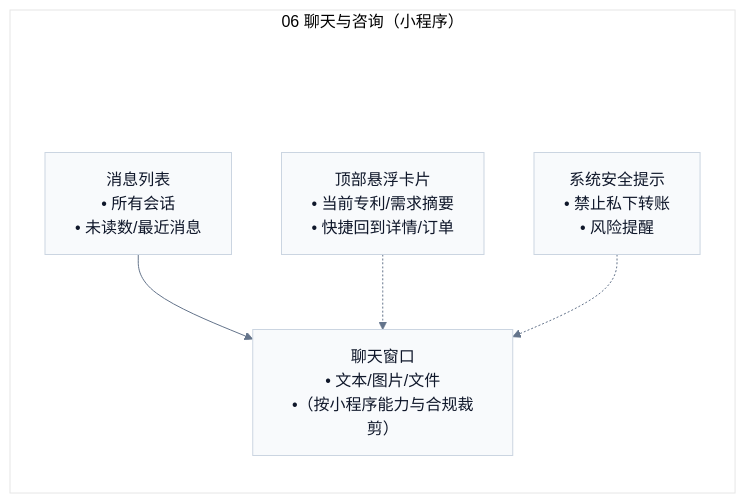
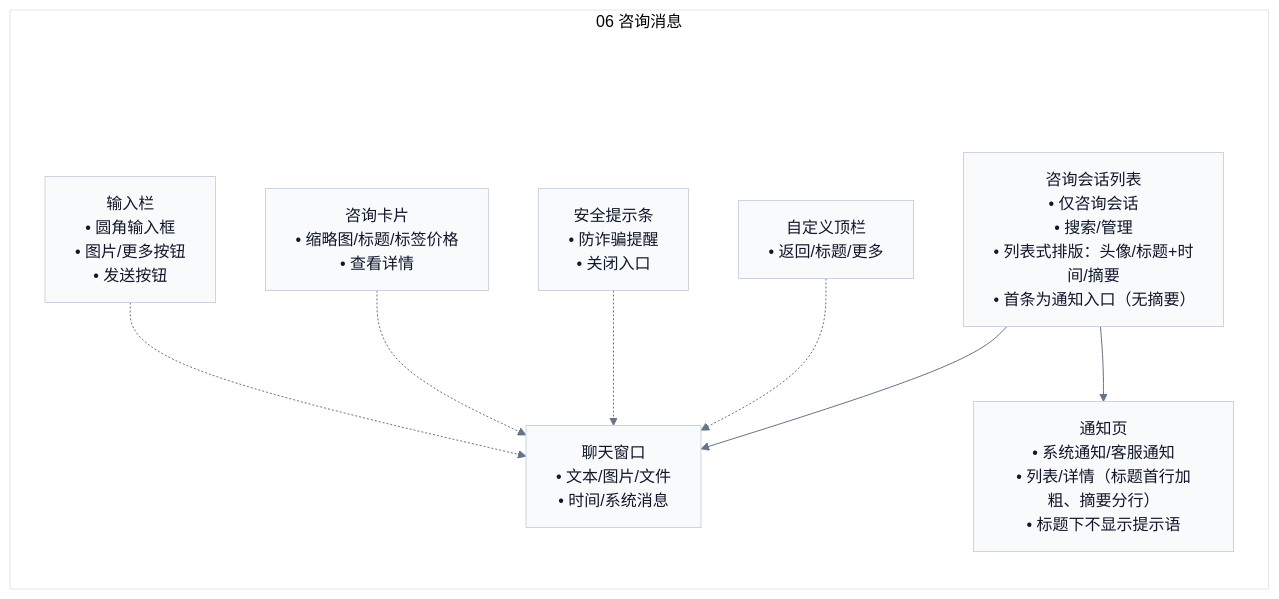
The diagram in docs/demo/pages/miniapp/06-message.mmd (Ming-1984/Ipmoney), drawn with Mermaid before and after one commit. The commit also changed 378 other files, not shown here.

```diff
--- a/docs/demo/pages/miniapp/06-message.mmd
+++ b/docs/demo/pages/miniapp/06-message.mmd
@@ -1,17 +1,23 @@
 %%{init: {'theme':'base','flowchart': {'htmlLabels': true},'themeVariables': {'fontFamily': 'Inter, Microsoft YaHei, sans-serif','lineColor':'#64748B','primaryTextColor':'#0F172A','primaryBorderColor':'#CBD5E1','primaryColor':'#F8FAFC'}}}%%
 flowchart TB
-  subgraph P["06 聊天与咨询（小程序）"]
+  subgraph P["06 咨询消息"]
     direction TB
-    Pad[" "]:::pad
-    List["消息列表<br/>• 所有会话<br/>• 未读数/最近消息"]
-    Chat["聊天窗口<br/>• 文本/图片/文件<br/>•（按小程序能力与合规裁剪）"]
-    Floating["顶部悬浮卡片<br/>• 当前专利/需求摘要<br/>• 快捷回到详情/订单"]
-    Safety["系统安全提示<br/>• 禁止私下转账<br/>• 风险提醒"]
+    Pad[" " ]:::pad
+    List["咨询会话列表<br/>• 仅咨询会话<br/>• 搜索/管理<br/>• 列表式排版：头像/标题+时间/摘要<br/>• 首条为通知入口（无摘要）"]
+    Notice["通知页<br/>• 系统通知/客服通知<br/>• 列表/详情（标题首行加粗、摘要分行）<br/>• 标题下不显示提示语"]
+    Chat["聊天窗口<br/>• 文本/图片/文件<br/>• 时间/系统消息"]
+    Header["自定义顶栏<br/>• 返回/标题/更多"]
+    Banner["安全提示条<br/>• 防诈骗提醒<br/>• 关闭入口"]
+    ContextCard["咨询卡片<br/>• 缩略图/标题/标签价格<br/>• 查看详情"]
+    Input["输入栏<br/>• 圆角输入框<br/>• 图片/更多按钮<br/>• 发送按钮"]
     Pad --> List
     List --> Chat
-    Floating -.-> Chat
-    Safety -.-> Chat
+    List --> Notice
+    Header -.-> Chat
+    Banner -.-> Chat
+    ContextCard -.-> Chat
+    Input -.-> Chat
   end
 
   classDef pad fill:transparent,stroke:transparent,color:transparent;
   linkStyle 0 stroke:transparent,fill:transparent;
```
